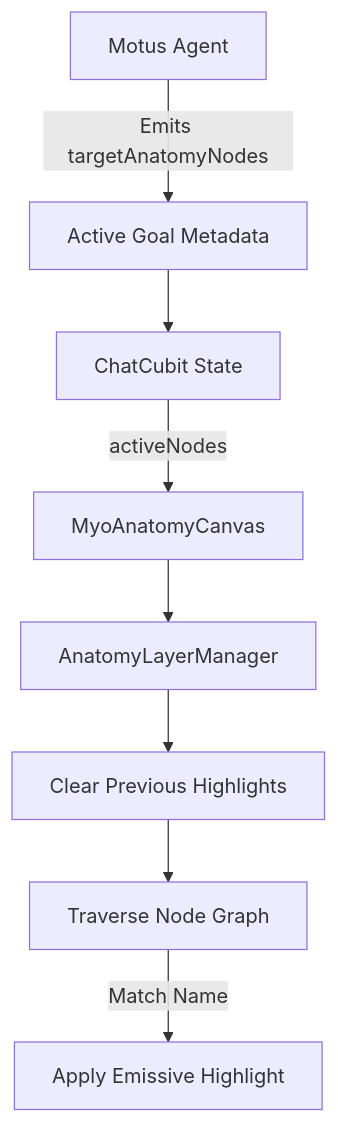
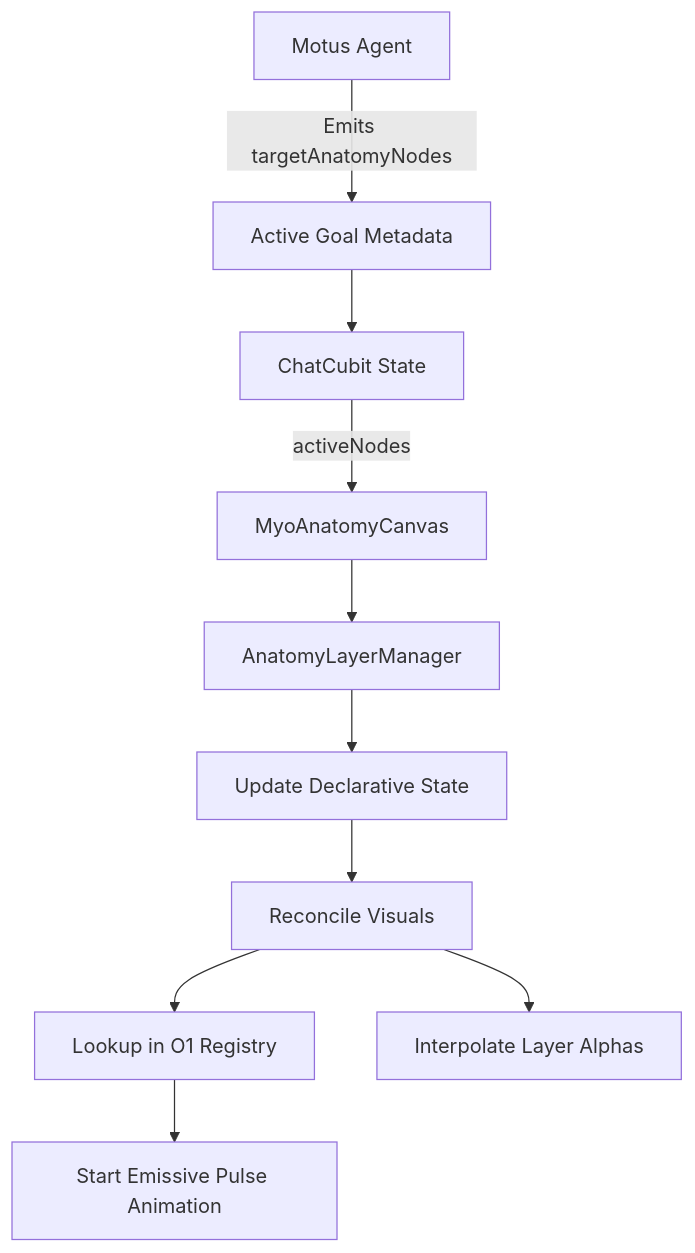
The diagram in docs/features/3d_digital_twin.md (drexel-ue/myotwin), drawn with Mermaid before and after one commit. The commit also changed other lines of this file and 1 other file, not shown here.

First line of the commit message:
docs: document animated anatomy system and PBR animation patterns

````diff
--- a/docs/features/3d_digital_twin.md
+++ b/docs/features/3d_digital_twin.md
@@ -48,10 +50,12 @@
 ```mermaid
 graph TD
     AI[Motus Agent] -- "Emits targetAnatomyNodes" --> Goal[Active Goal Metadata]
     Goal --> Cubit[ChatCubit State]
     Cubit -- "activeNodes" --> Canvas[MyoAnatomyCanvas]
     Canvas --> Manager[AnatomyLayerManager]
-    Manager --> Clear[Clear Previous Highlights]
-    Clear --> Traverse[Traverse Node Graph]
-    Traverse -- "Match Name" --> Highlight[Apply Emissive Highlight]
+    Manager --> State[Update Declarative State]
+    State --> Reconcile[Reconcile Visuals]
+    Reconcile --> Registry[Lookup in O1 Registry]
+    Registry --> Pulse[Start Emissive Pulse Animation]
+    Reconcile --> Fade[Interpolate Layer Alphas]
 ```
````
